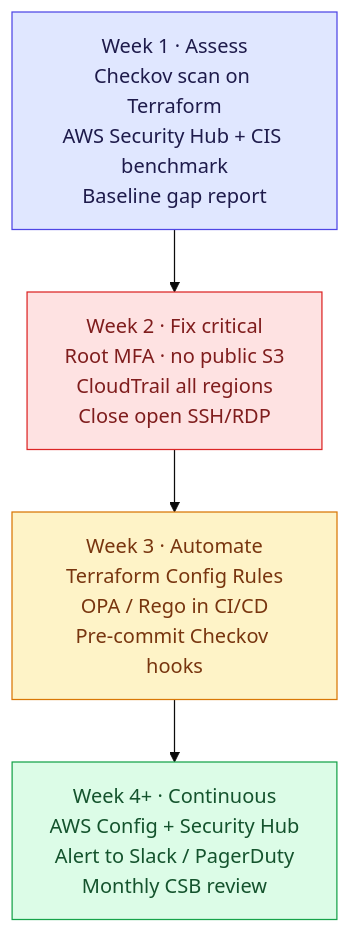
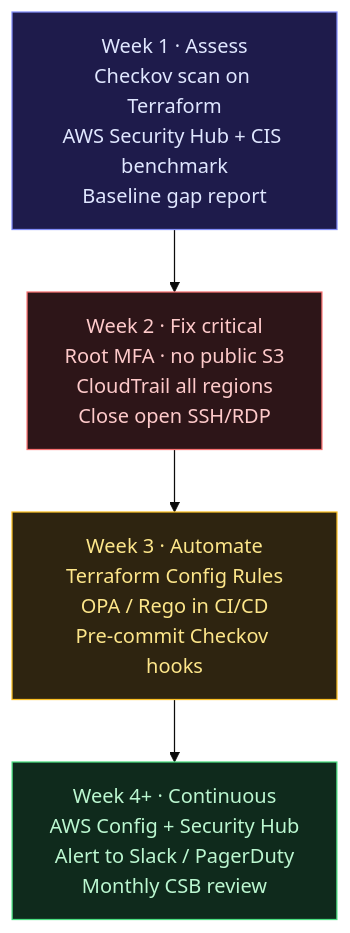
Before and after one commit to arifbazli/malay-tech-journal: the third of 3 diagrams in src/content/posts/en/cse-02-cloud-baseline-security.md, drawn with Mermaid (base theme). The commit also changed other lines of this file and 16 other files, not shown here.

First line of the commit message:
fix(mermaid): fix light-theme colors and rendering bugs across all diagrams

````diff
--- a/src/content/posts/en/cse-02-cloud-baseline-security.md
+++ b/src/content/posts/en/cse-02-cloud-baseline-security.md
@@ -336,12 +335,12 @@
 ```mermaid
 flowchart TB
   W1["Week 1 · Assess<br/>Checkov scan on Terraform<br/>AWS Security Hub + CIS benchmark<br/>Baseline gap report"]:::w1
   W2["Week 2 · Fix critical<br/>Root MFA · no public S3<br/>CloudTrail all regions<br/>Close open SSH/RDP"]:::w2
   W3["Week 3 · Automate<br/>Terraform Config Rules<br/>OPA / Rego in CI/CD<br/>Pre-commit Checkov hooks"]:::w3
   W4["Week 4+ · Continuous<br/>AWS Config + Security Hub<br/>Alert to Slack / PagerDuty<br/>Monthly CSB review"]:::w4
   W1 --> W2 --> W3 --> W4
-  classDef w1 fill:#e0e7ff,stroke:#4f46e5,color:#1e1b4b
-  classDef w2 fill:#fee2e2,stroke:#dc2626,color:#7f1d1d
-  classDef w3 fill:#fef3c7,stroke:#d97706,color:#78350f
-  classDef w4 fill:#dcfce7,stroke:#16a34a,color:#14532d
+  classDef w1 fill:#1e1b4b,stroke:#818cf8,color:#e0e7ff
+  classDef w2 fill:#2d1518,stroke:#f87171,color:#fecaca
+  classDef w3 fill:#2e2410,stroke:#fbbf24,color:#fde68a
+  classDef w4 fill:#0f2a1c,stroke:#4ade80,color:#bbf7d0
 ```
````
